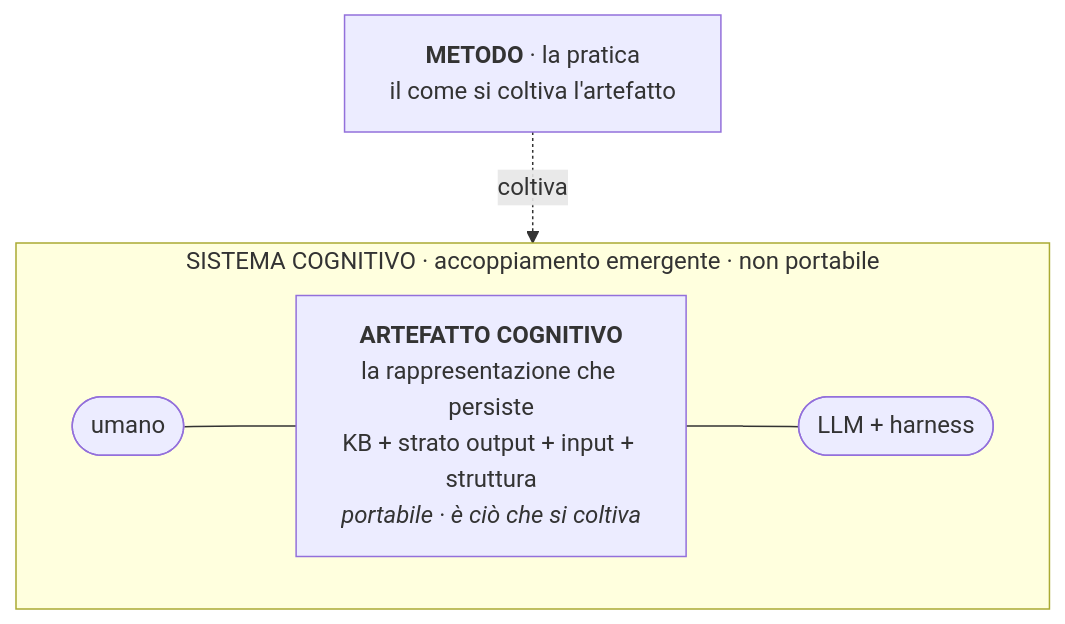
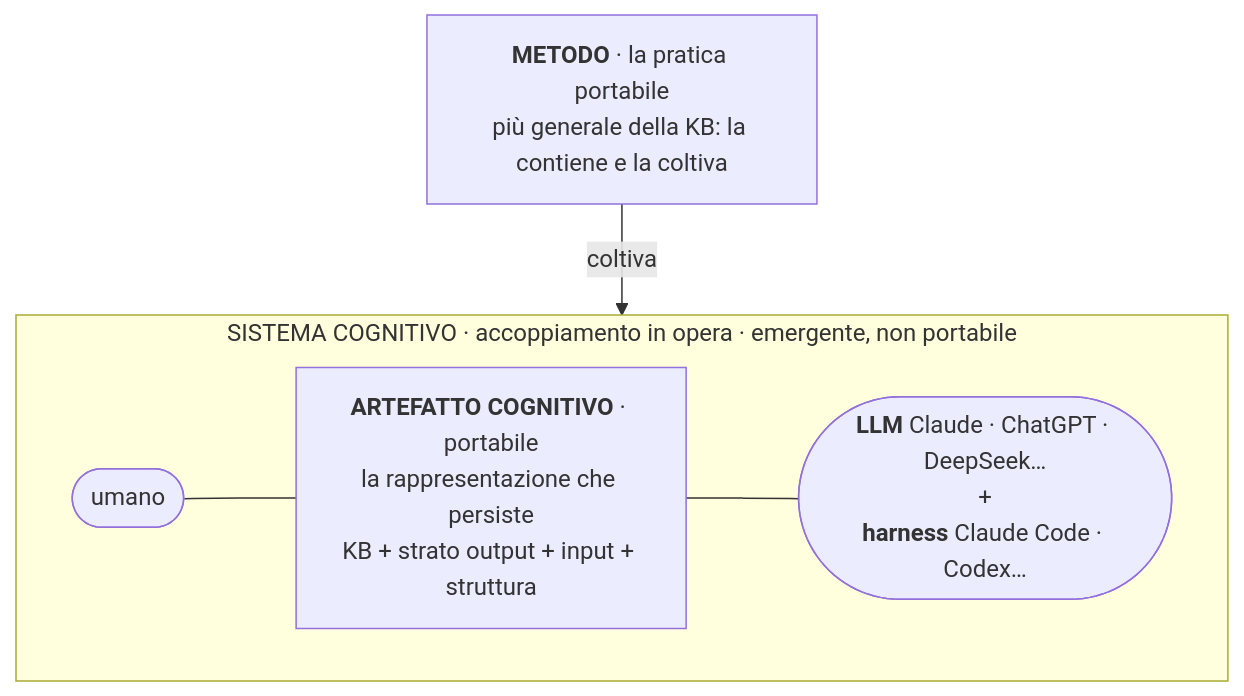
Before and after one commit to steledama/method: the first of 8 diagrams in presentazione/metodo-in-sintesi.md, drawn with Mermaid. The commit also changed other lines of this file and 4 other files, not shown here.

````diff
--- a/presentazione/metodo-in-sintesi.md
+++ b/presentazione/metodo-in-sintesi.md
@@ -16,13 +18,13 @@
 ```mermaid
 flowchart TB
-    subgraph SIS["SISTEMA COGNITIVO · accoppiamento emergente · non portabile"]
+    MET["<b>METODO</b> · la pratica portabile<br/>più generale della KB: la contiene e la coltiva"]
+    subgraph SIS["SISTEMA COGNITIVO · accoppiamento in opera · emergente, non portabile"]
         direction LR
         H(["umano"])
-        ART["<b>ARTEFATTO COGNITIVO</b><br/>la rappresentazione che persiste<br/>KB + strato output + input + struttura<br/><i>portabile · è ciò che si coltiva</i>"]
-        LLM(["LLM + harness"])
+        ART["<b>ARTEFATTO COGNITIVO</b> · portabile<br/>la rappresentazione che persiste<br/>KB + strato output + input + struttura"]
+        AG(["<b>LLM</b> Claude · ChatGPT · DeepSeek…<br/>+<br/><b>harness</b> Claude Code · Codex…"])
         H --- ART
-        ART --- LLM
+        ART --- AG
     end
-    MET["<b>METODO</b> · la pratica<br/>il come si coltiva l'artefatto"]
-    MET -.coltiva.-> ART
+    MET -->|coltiva| ART
 ```
````
